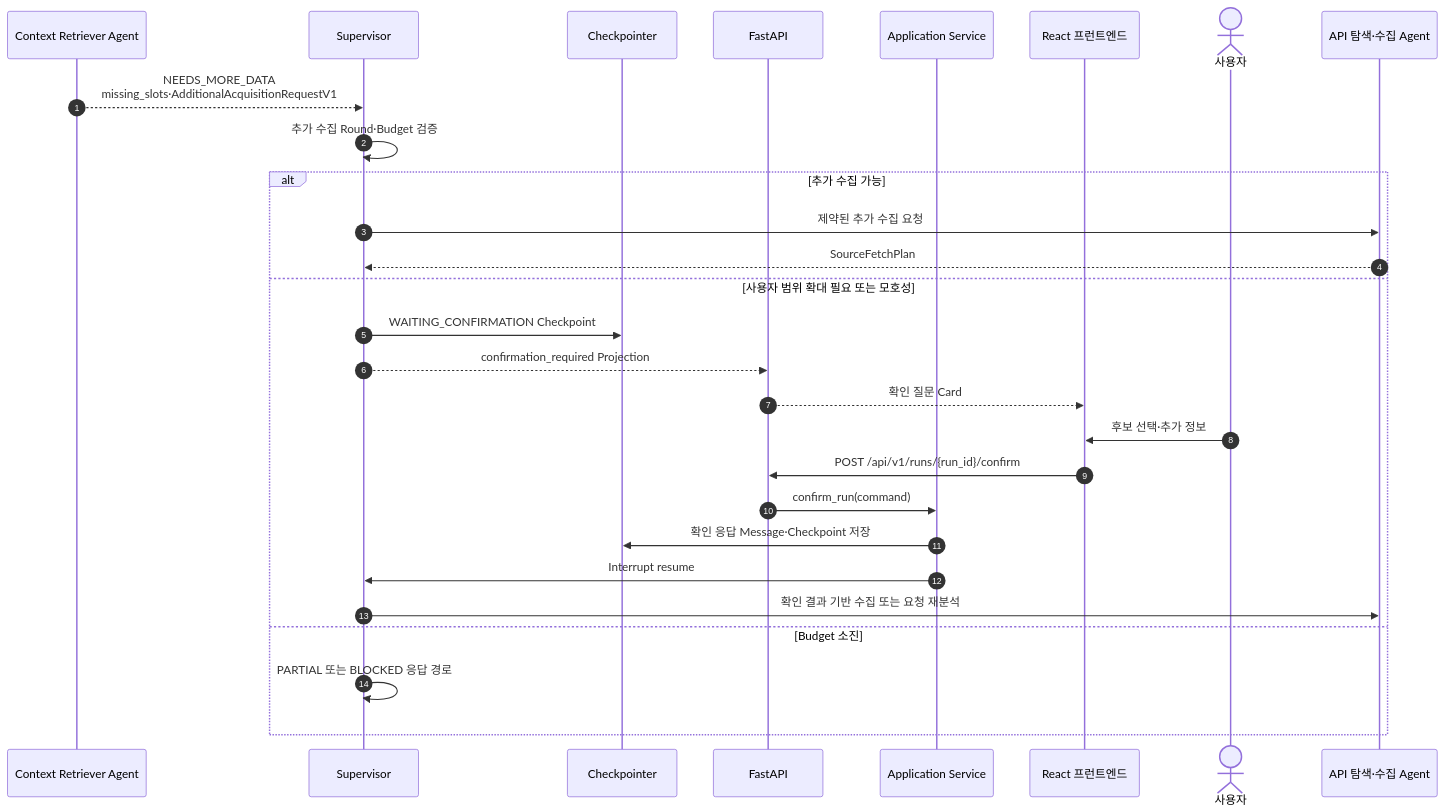
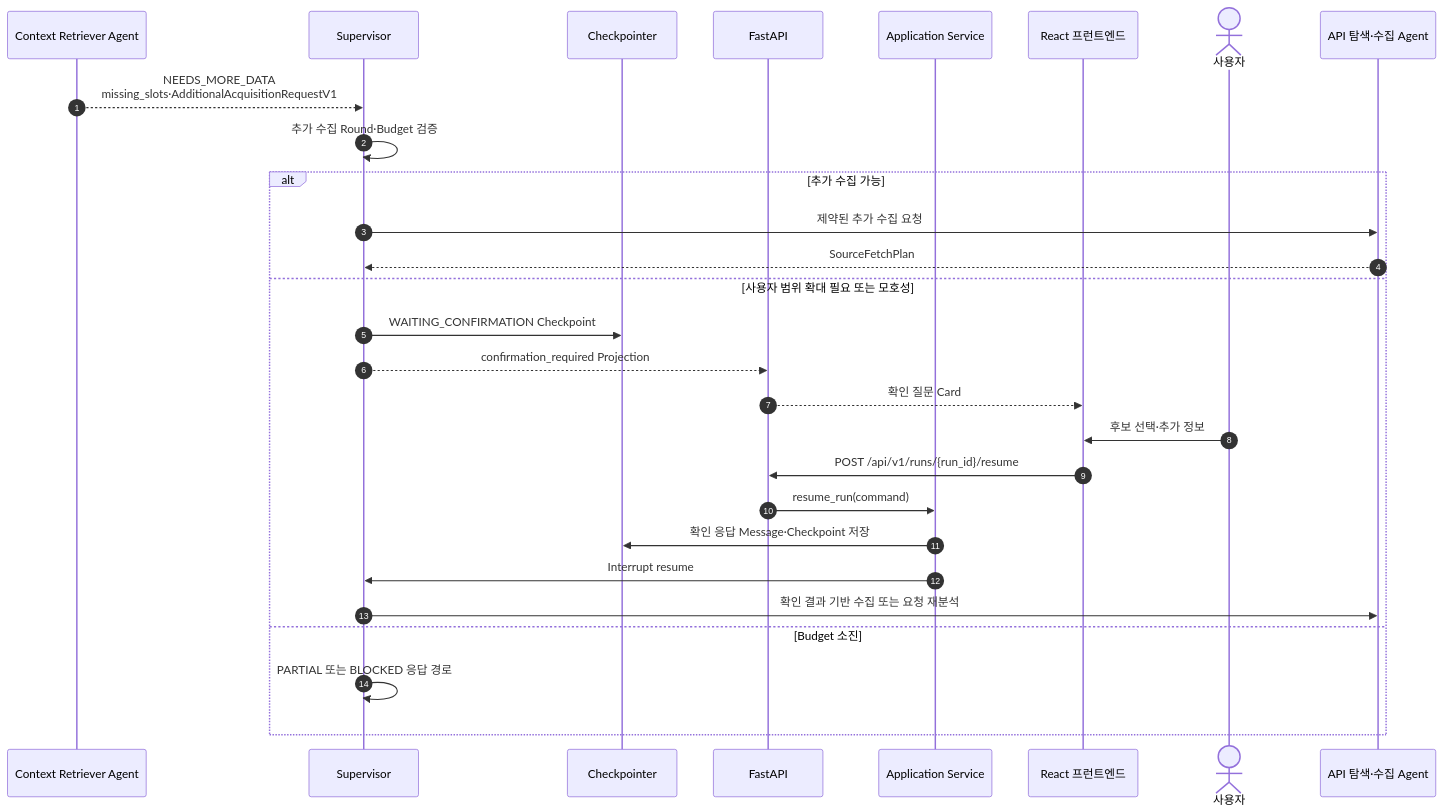
Before and after one commit to solar-ai-dev/google-work-agent: the fifth of 18 diagrams in docs/08-sequence-design.md, drawn with Mermaid. The commit also changed 17 other files, not shown here.

````diff
--- a/docs/08-sequence-design.md
+++ b/docs/08-sequence-design.md
@@ -286,31 +286,31 @@
 ```mermaid
 sequenceDiagram
     autonumber
     participant RET as Context Retriever Agent
     participant SUP as Supervisor
     participant DB as Checkpointer
     participant API as FastAPI
     participant APP as Application Service
     participant FE as React 프런트엔드
     actor U as 사용자
     participant ACQ as API 탐색·수집 Agent
 
     RET-->>SUP: NEEDS_MORE_DATA<br>missing_slots·AdditionalAcquisitionRequestV1
     SUP->>SUP: 추가 수집 Round·Budget 검증
     alt 추가 수집 가능
         SUP->>ACQ: 제약된 추가 수집 요청
         ACQ-->>SUP: SourceFetchPlan
     else 사용자 범위 확대 필요 또는 모호성
         SUP->>DB: WAITING_CONFIRMATION Checkpoint
         SUP-->>API: confirmation_required Projection
         API-->>FE: 확인 질문 Card
         U->>FE: 후보 선택·추가 정보
-        FE->>API: POST /api/v1/runs/{run_id}/confirm
-        API->>APP: confirm_run(command)
+        FE->>API: POST /api/v1/runs/{run_id}/resume
+        API->>APP: resume_run(command)
         APP->>DB: 확인 응답 Message·Checkpoint 저장
         APP->>SUP: Interrupt resume
         SUP->>ACQ: 확인 결과 기반 수집 또는 요청 재분석
     else Budget 소진
         SUP->>SUP: PARTIAL 또는 BLOCKED 응답 경로
     end
 ```
````
